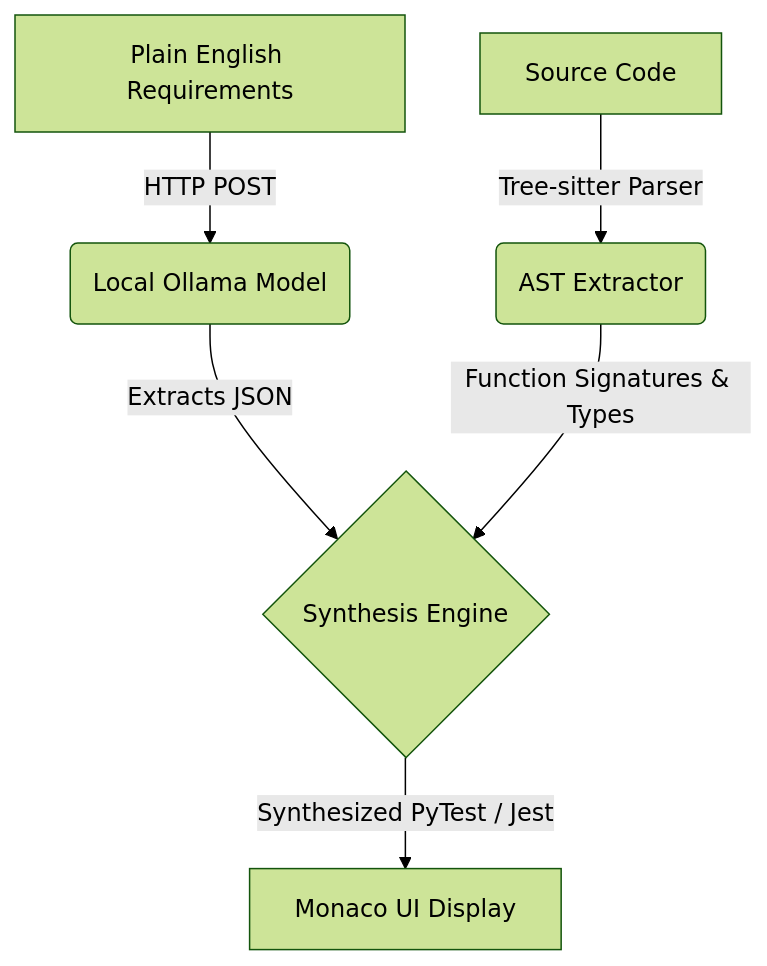
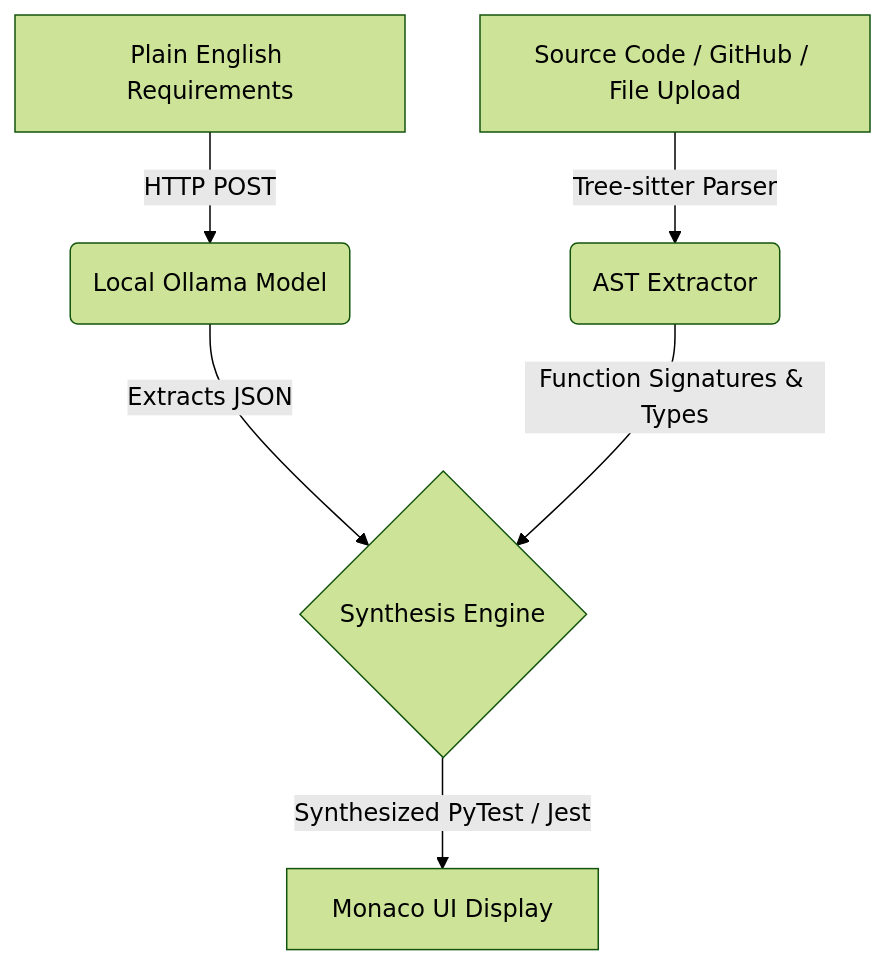
One commit to Janakiram-2005/Ai_testcase_generator changed the diagram in README.md. Above: the diagram before and after it, drawn with Mermaid (forest theme). The commit also changed other lines of this file, not shown here.

````diff
--- a/README.md
+++ b/README.md
@@ -46,8 +52,8 @@
 ```mermaid
 graph TD
     A[Plain English Requirements] -->|HTTP POST| B(Local Ollama Model)
     B -->|Extracts JSON| C{Synthesis Engine}
-    D[Source Code] -->|Tree-sitter Parser| E(AST Extractor)
+    D[Source Code / GitHub / File Upload] -->|Tree-sitter Parser| E(AST Extractor)
     E -->|Function Signatures & Types| C
     C -->|Synthesized PyTest / Jest| F[Monaco UI Display]
 ```
````
